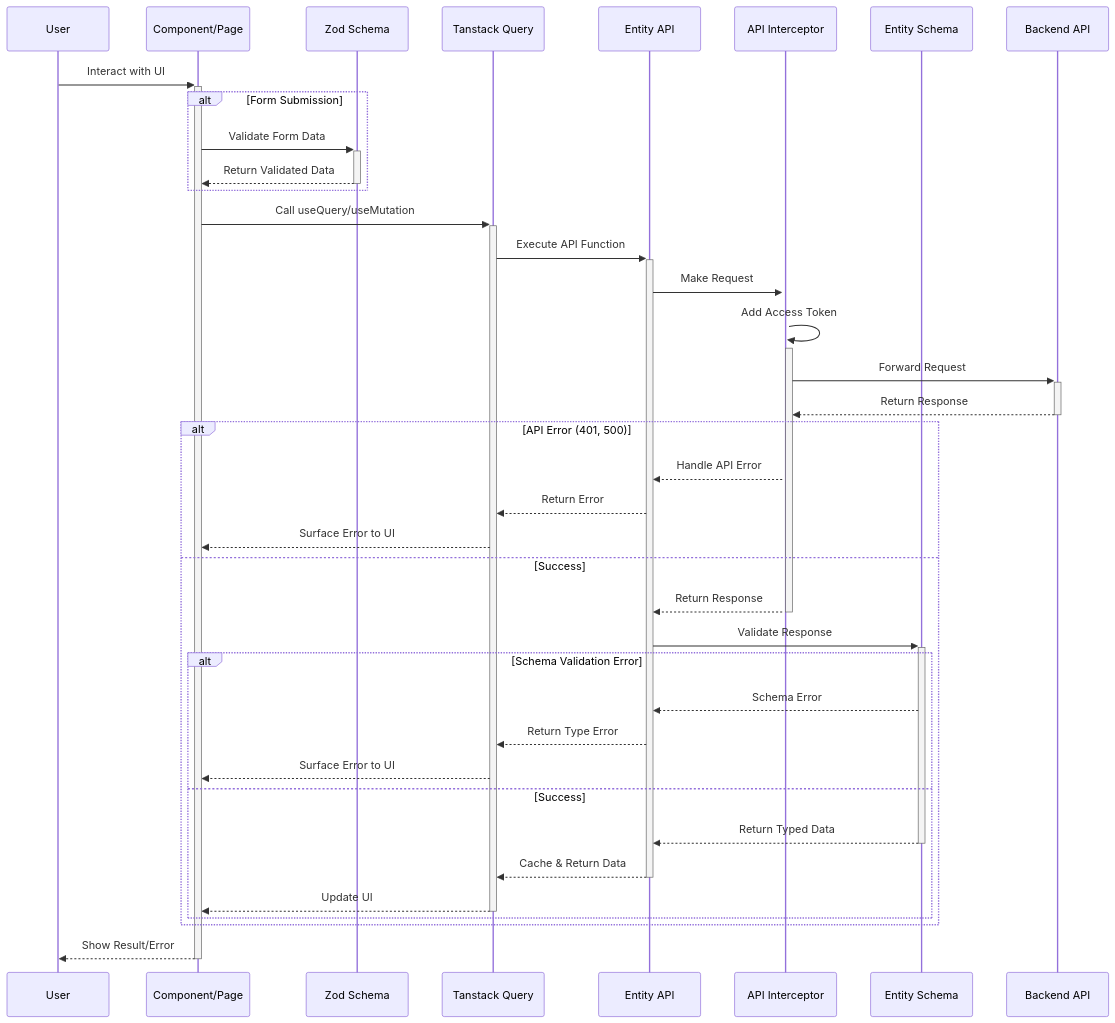
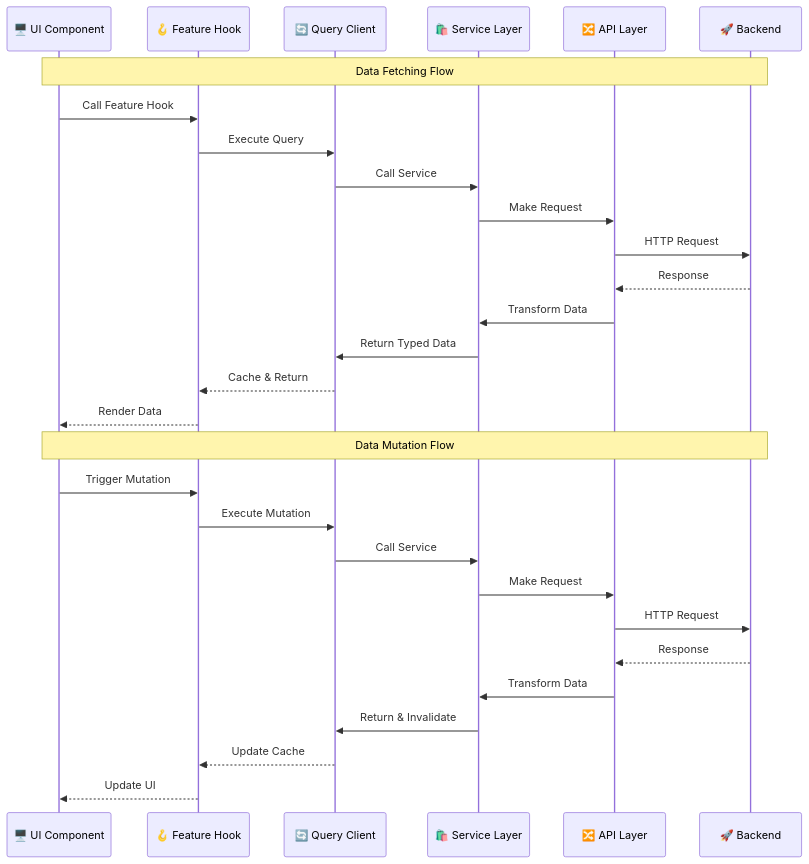
The diagram in README.md (danielsarkwa/zello-react-app), drawn with Mermaid before and after one commit. The commit also changed other lines of this file, not shown here.

````diff
--- a/README.md
+++ b/README.md
@@ -60,51 +40,33 @@
 ```mermaid
 sequenceDiagram
-    participant U as User
-    participant C as Component/Page
-    participant Z as Zod Schema
-    participant Q as Tanstack Query
-    participant A as Entity API
-    participant I as API Interceptor
-    participant S as Entity Schema
-    participant B as Backend API
+    participant C as 🖥️ UI Component
+    participant F as 🪝 Feature Hook
+    participant Q as 🔄 Query Client
+    participant S as 🛍️ Service Layer
+    participant A as 🔀 API Layer
+    participant B as 🚀 Backend
 
-    U->>+C: Interact with UI
-    
-    alt Form Submission
-        C->>+Z: Validate Form Data
-        Z-->>-C: Return Validated Data
-    end
+    Note over C,B: Data Fetching Flow
+    C->>F: Call Feature Hook
+    F->>Q: Execute Query
+    Q->>S: Call Service
+    S->>A: Make Request
+    A->>B: HTTP Request
+    B-->>A: Response
+    A->>S: Transform Data
+    S->>Q: Return Typed Data
+    Q-->>F: Cache & Return
+    F-->>C: Render Data
 
-    C->>+Q: Call useQuery/useMutation
-    
-    Q->>+A: Execute API Function
-    
-    A->>+I: Make Request
-    
-    I->>+I: Add Access Token
-    
-    I->>+B: Forward Request
-    
-    B-->>-I: Return Response
-    
-    alt API Error (401, 500)
-        I-->>A: Handle API Error
-        A-->>Q: Return Error
-        Q-->>C: Surface Error to UI
-    else Success
-        I-->>-A: Return Response
-        
-        A->>+S: Validate Response
-        alt Schema Validation Error
-            S-->>A: Schema Error
-            A-->>Q: Return Type Error
-            Q-->>C: Surface Error to UI
-        else Success
-            S-->>-A: Return Typed Data
-            A-->>-Q: Cache & Return Data
-            Q-->>-C: Update UI
-        end
-    end
-    
-    C-->>-U: Show Result/Error
+    Note over C,B: Data Mutation Flow
+    C->>F: Trigger Mutation
+    F->>Q: Execute Mutation
+    Q->>S: Call Service
+    S->>A: Make Request
+    A->>B: HTTP Request
+    B-->>A: Response
+    A->>S: Transform Data
+    S->>Q: Return & Invalidate
+    Q-->>F: Update Cache
+    F-->>C: Update UI
 ```
````
